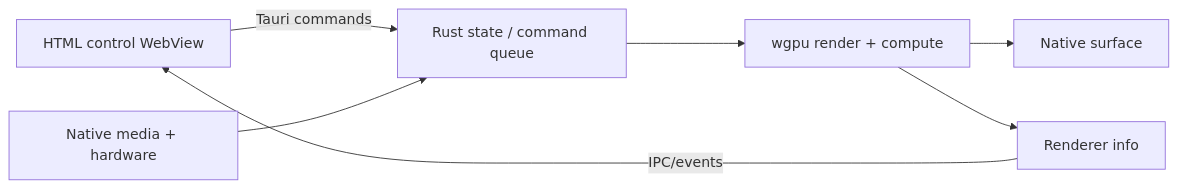
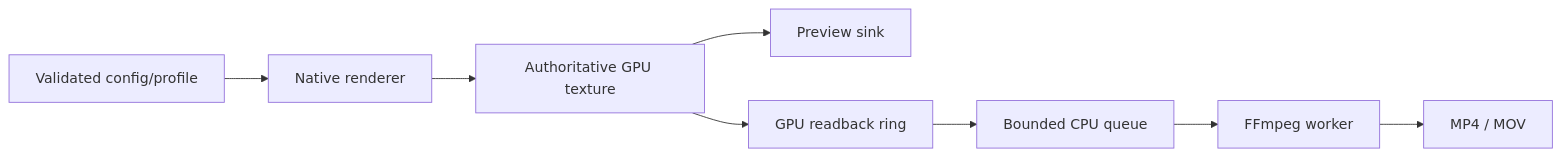
One commit to schwwaaa/junkpile changed the second of 4 diagrams in docs/ARCHITECTURE.md. Above: the diagram before and after it, drawn with Mermaid. The commit also changed other lines of this file and 763 other files, not shown here.

````diff
--- a/docs/ARCHITECTURE.md
+++ b/docs/ARCHITECTURE.md
@@ -61,9 +164,10 @@
 ```mermaid
 flowchart LR
-  UI[HTML control WebView] -->|Tauri commands| Canonical[Rust state / command queue]
-  Native[Native media + hardware] --> Canonical
-  Canonical --> GPU[wgpu render + compute]
-  GPU --> Surface[Native surface]
-  GPU --> Telemetry[Renderer info]
-  Telemetry -->|IPC/events| UI
+  C[Validated config/profile] --> R[Native renderer]
+  R --> T[Authoritative GPU texture]
+  T --> P[Preview sink]
+  T --> G[GPU readback ring]
+  G --> Q[Bounded CPU queue]
+  Q --> F[FFmpeg worker]
+  F --> O[MP4 / MOV]
 ```
````
